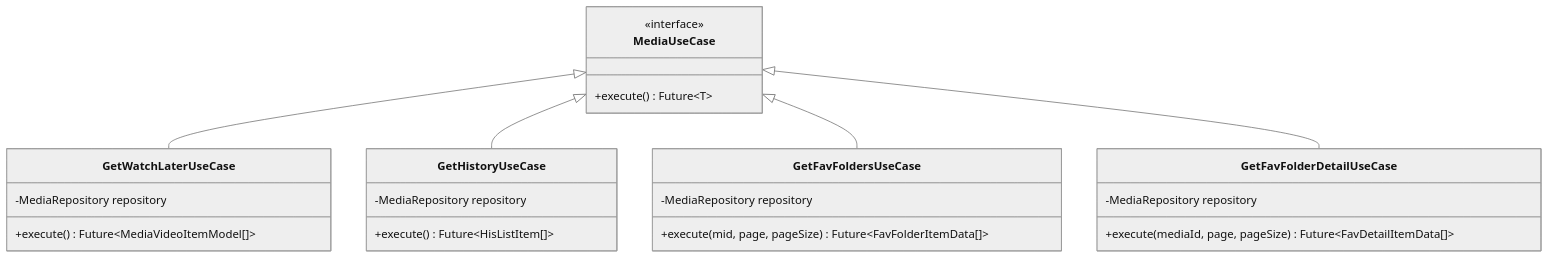
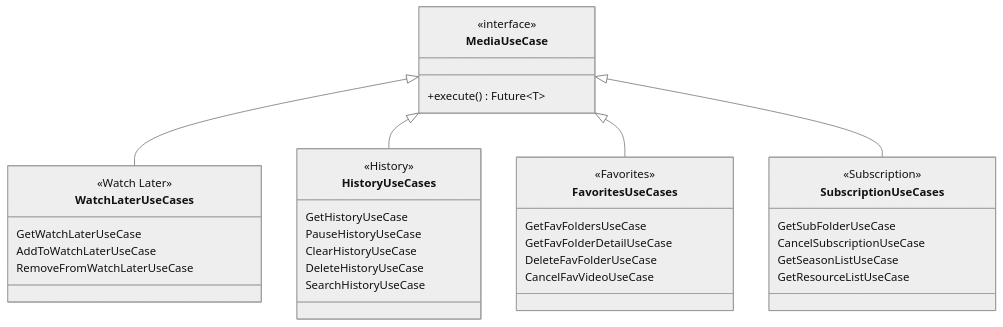
Before and after one commit to justLXX/pilipala: the seventh of 19 diagrams in .qoder/repowiki/zh/content/核心模块/功能模块/媒体管理模块.md, drawn with Mermaid (neutral theme). The commit also changed other lines of this file and 194 other files, not shown here.

````diff
--- a/.qoder/repowiki/zh/content/核心模块/功能模块/媒体管理模块.md
+++ b/.qoder/repowiki/zh/content/核心模块/功能模块/媒体管理模块.md
@@ -227,27 +337,39 @@
 ```mermaid
 classDiagram
 class MediaUseCase {
 <<interface>>
 +execute() Future~T~
 }
-class GetWatchLaterUseCase {
--MediaRepository repository
-+execute() Future~MediaVideoItemModel[]~
+class WatchLaterUseCases {
+<<Watch Later>>
+GetWatchLaterUseCase
+AddToWatchLaterUseCase
+RemoveFromWatchLaterUseCase
 }
-class GetHistoryUseCase {
--MediaRepository repository
-+execute() Future~HisListItem[]~
+class HistoryUseCases {
+<<History>>
+GetHistoryUseCase
+PauseHistoryUseCase
+ClearHistoryUseCase
+DeleteHistoryUseCase
+SearchHistoryUseCase
 }
-class GetFavFoldersUseCase {
--MediaRepository repository
-+execute(mid, page, pageSize) Future~FavFolderItemData[]~
+class FavoritesUseCases {
+<<Favorites>>
+GetFavFoldersUseCase
+GetFavFolderDetailUseCase
+DeleteFavFolderUseCase
+CancelFavVideoUseCase
 }
-class GetFavFolderDetailUseCase {
--MediaRepository repository
-+execute(mediaId, page, pageSize) Future~FavDetailItemData[]~
+class SubscriptionUseCases {
+<<Subscription>>
+GetSubFolderUseCase
+CancelSubscriptionUseCase
+GetSeasonListUseCase
+GetResourceListUseCase
 }
-MediaUseCase <|-- GetWatchLaterUseCase
-MediaUseCase <|-- GetHistoryUseCase
-MediaUseCase <|-- GetFavFoldersUseCase
-MediaUseCase <|-- GetFavFolderDetailUseCase
+MediaUseCase <|-- WatchLaterUseCases
+MediaUseCase <|-- HistoryUseCases
+MediaUseCase <|-- FavoritesUseCases
+MediaUseCase <|-- SubscriptionUseCases
 ```
````
